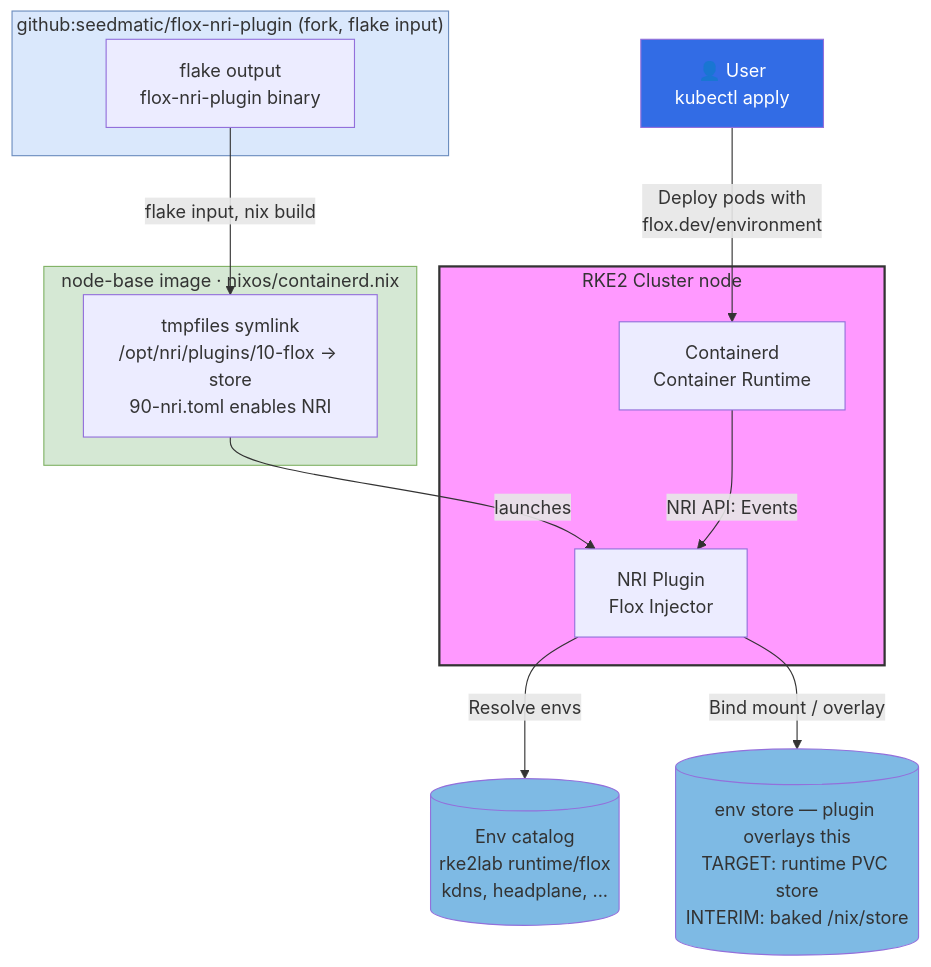
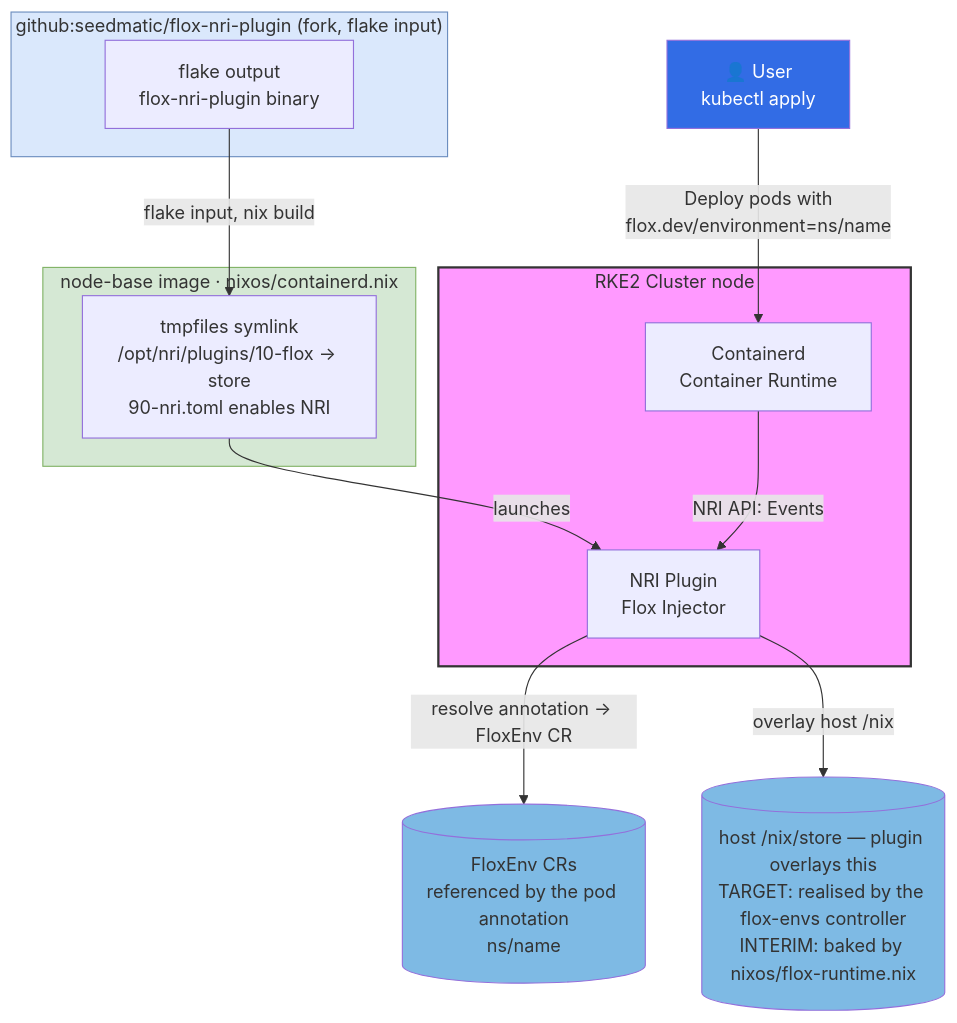
Before and after one commit to nxmatic/rke2lab: the first of 8 diagrams in docs/architecture/nri-plugin-c4-diagrams.adoc, drawn with Mermaid. The commit also changed other lines of this file and 4 other files, not shown here.

First line of the commit message:
docs(flox): converge runtime env delivery on a FloxEnv CRD + controller

```diff
--- a/docs/architecture/nri-plugin-c4-diagrams.adoc
+++ b/docs/architecture/nri-plugin-c4-diagrams.adoc
@@ -35,35 +37,35 @@
 [mermaid]
 ....
 flowchart TB
     User[👤 User<br/>kubectl apply]
 
     subgraph Fork["github:seedmatic/flox-nri-plugin (fork, flake input)"]
         ForkFlake[flake output<br/>flox-nri-plugin binary]
     end
 
     subgraph Image["node-base image · nixos/containerd.nix"]
         Bake[tmpfiles symlink<br/>/opt/nri/plugins/10-flox → store<br/>90-nri.toml enables NRI]
     end
 
     subgraph RKE2["RKE2 Cluster node"]
         Containerd[Containerd<br/>Container Runtime]
         NRI[NRI Plugin<br/>Flox Injector]
     end
 
-    Nix[(env store — plugin overlays this<br/>TARGET: runtime PVC store<br/>INTERIM: baked /nix/store)]
-    Catalog[(Env catalog<br/>rke2lab runtime/flox<br/>kdns, headplane, ...)]
+    Nix[(host /nix/store — plugin overlays this<br/>TARGET: realised by the flox-envs controller<br/>INTERIM: baked by nixos/flox-runtime.nix)]
+    Catalog[(FloxEnv CRs<br/>referenced by the pod annotation<br/>ns/name)]
 
     ForkFlake -->|flake input, nix build| Bake
     Bake -->|launches| NRI
-    User -->|Deploy pods with<br/>flox.dev/environment| Containerd
+    User -->|Deploy pods with<br/>flox.dev/environment=ns/name| Containerd
     Containerd -->|NRI API: Events| NRI
-    NRI -->|Resolve envs| Catalog
-    NRI -->|Bind mount / overlay| Nix
+    NRI -->|resolve annotation → FloxEnv CR| Catalog
+    NRI -->|overlay host /nix| Nix
 
     style User fill:#326ce5,color:#fff
     style RKE2 fill:#f9f,stroke:#333,stroke-width:2px
     style Nix fill:#7ebae4
     style Catalog fill:#7ebae4
     style Image fill:#d5e8d4,stroke:#82b366
     style Fork fill:#dae8fc,stroke:#6c8ebf
 ....
```
